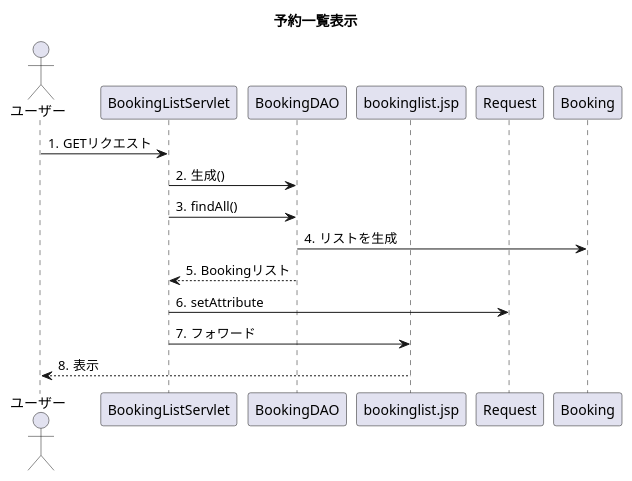
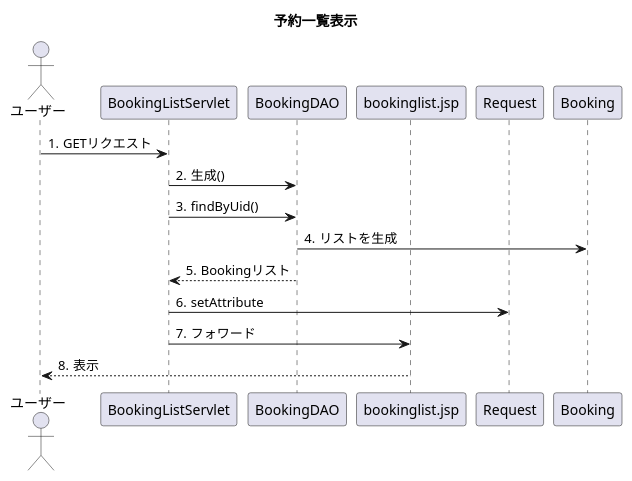
Before and after one commit to Tyamanaka07/WebSystem: the diagram in detail.uml/seq_bookingList.pu, drawn with PlantUML.

```diff
--- a/detail.uml/seq_bookingList.pu
+++ b/detail.uml/seq_bookingList.pu
@@ -1,20 +1,20 @@
 @startuml
 title 予約一覧表示
 actor ユーザー
 participant BookingListServlet
 participant BookingDAO
 participant bookinglist.jsp
 participant Request
 
 autonumber "#."
 
 ユーザー->BookingListServlet:GETリクエスト
 BookingListServlet->BookingDAO:生成()
-BookingListServlet->BookingDAO:findAll()
+BookingListServlet->BookingDAO:findByUid()
 BookingDAO->Booking:リストを生成
 BookingDAO-->BookingListServlet:Bookingリスト
 BookingListServlet->Request:setAttribute
 BookingListServlet->bookinglist.jsp:フォワード
 bookinglist.jsp-->ユーザー:表示
 
 @enduml
```
